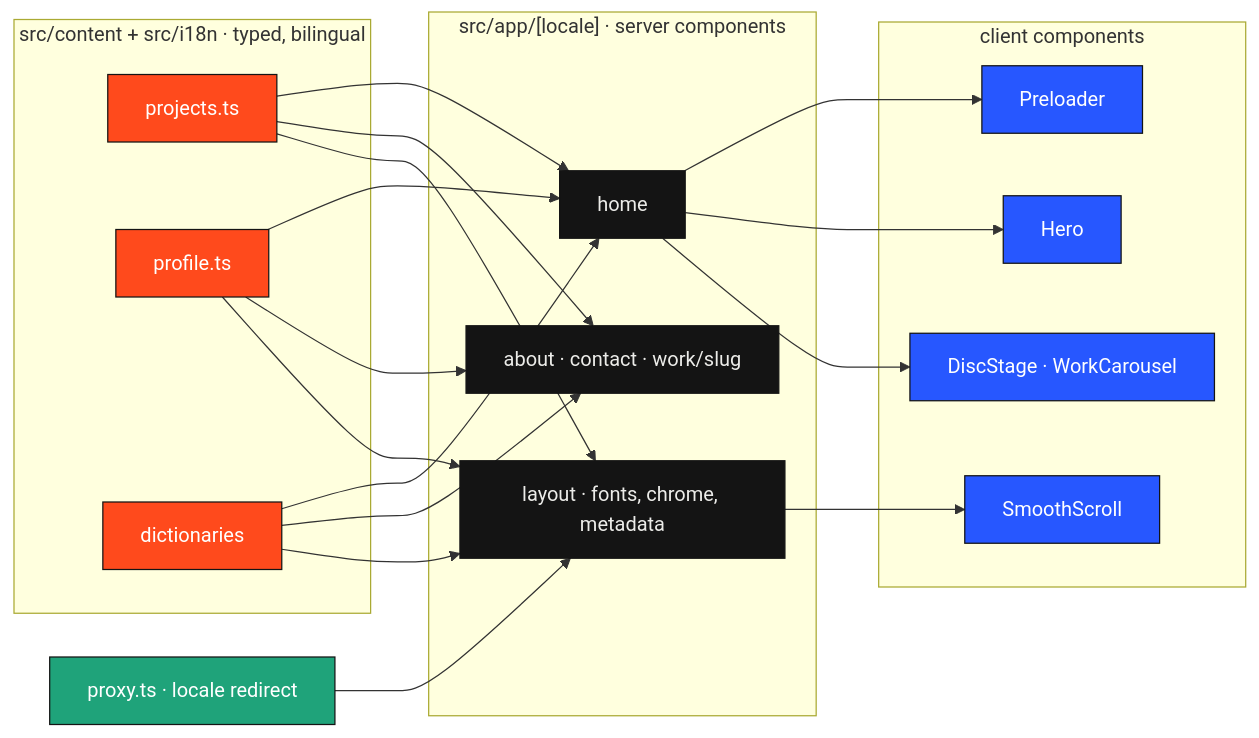
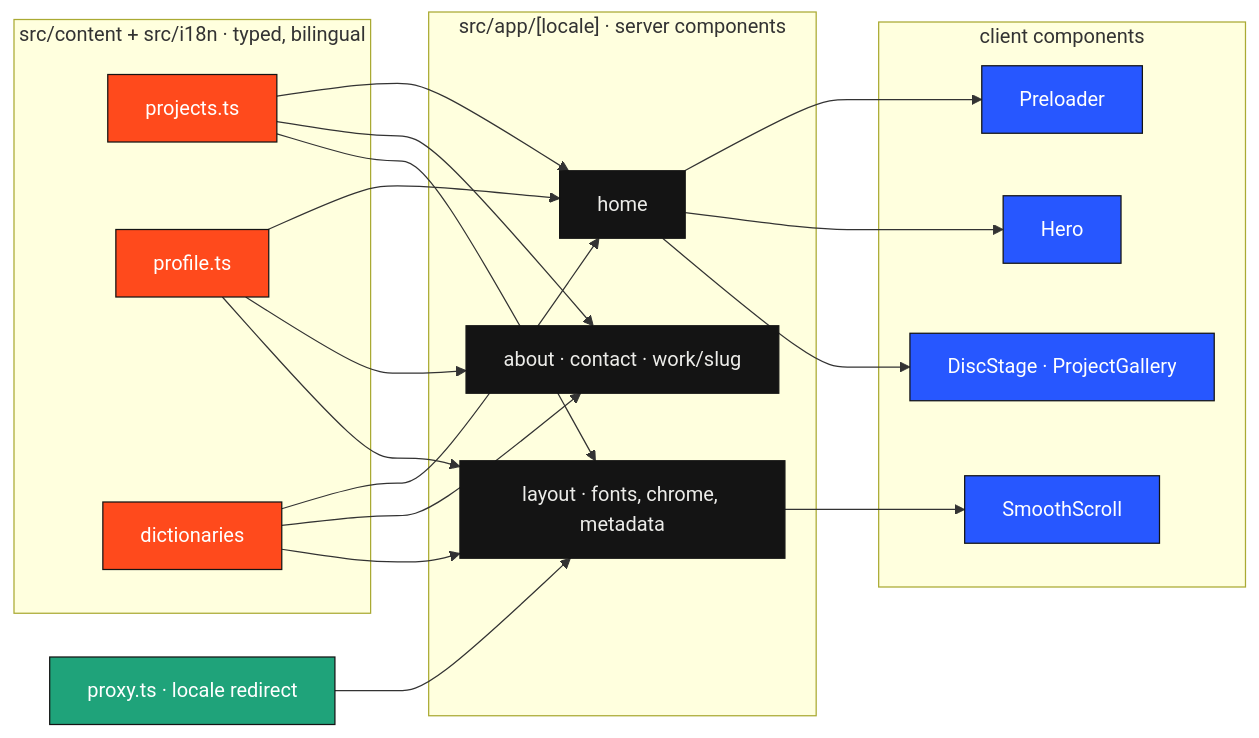
Before and after one commit to LittlePitza/portfolio: the diagram in README.md, drawn with Mermaid. The commit also changed other lines of this file and 12 other files, not shown here.

````diff
--- a/README.md
+++ b/README.md
@@ -83,29 +83,29 @@
 ```mermaid
 flowchart LR
   classDef content fill:#FF4A1C,stroke:#141414,color:#fff
   classDef server fill:#141414,stroke:#141414,color:#ECECE9
   classDef client fill:#2757FF,stroke:#141414,color:#fff
   classDef edge fill:#1FA37A,stroke:#141414,color:#fff
 
   X[proxy.ts · locale redirect]:::edge
   subgraph Content["src/content + src/i18n · typed, bilingual"]
     P[projects.ts]:::content
     F[profile.ts]:::content
     D[dictionaries]:::content
   end
   subgraph App["src/app/[locale] · server components"]
     L[layout · fonts, chrome, metadata]:::server
     H[home]:::server
     A[about · contact · work/slug]:::server
   end
   subgraph Motion["client components"]
     PL[Preloader]:::client
     HE[Hero]:::client
-    WC[DiscStage · WorkCarousel]:::client
+    WC[DiscStage · ProjectGallery]:::client
     SS[SmoothScroll]:::client
   end
   X --> L
   P & F & D --> H & A & L
   H --> PL & HE & WC
   L --> SS
 ```
````
